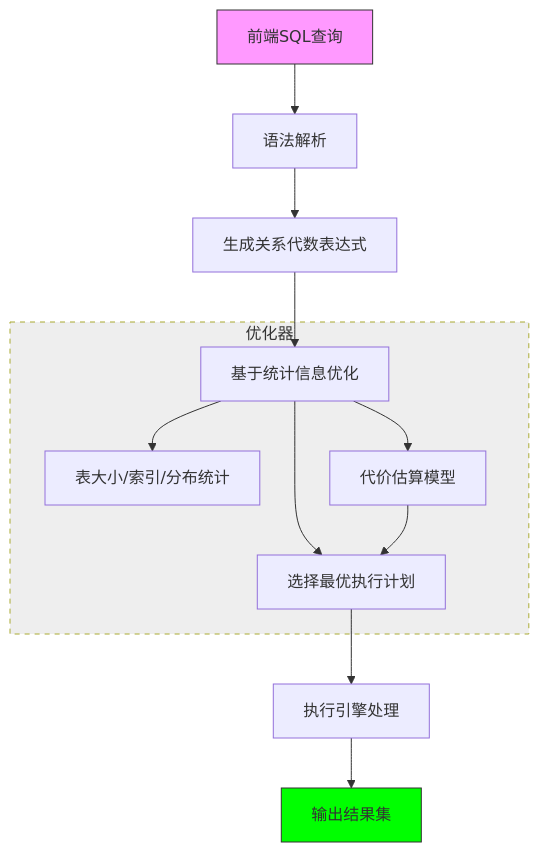
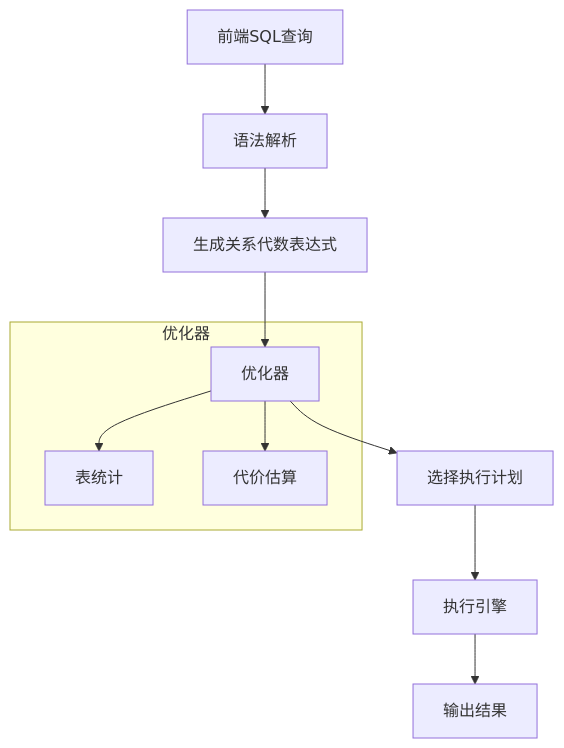
The first of 3 diagrams in 数据库系统概论/readme.md (alxy18977578363/Code_Brewery), drawn with Mermaid before and after one commit.

````diff
--- a/数据库系统概论/readme.md
+++ b/数据库系统概论/readme.md
@@ -193,19 +193,14 @@
 ```mermaid
 flowchart TB
     A[前端SQL查询] --> B[语法解析]
     B --> C[生成关系代数表达式]
-    C --> D[基于统计信息优化]
-    D --> E[选择最优执行计划]
-    E --> F[执行引擎处理]
-    F --> G[输出结果集]
-
+    C --> D[优化器]
+    D --> E[选择执行计划]
+    E --> F[执行引擎]
+    F --> G[输出结果]
+    
     subgraph 优化器
-        D --> D1["表大小/索引/分布统计"]
-        D --> D2["代价估算模型"]
-        D2 --> E
+        D --> D1[表统计]
+        D --> D2[代价估算]
     end
-
-    style A fill:#f9f,stroke:#333
-    style G fill:#0f0,stroke:#333
-    style 优化器 fill:#eee,stroke-dasharray: 5 5
 ```
````
